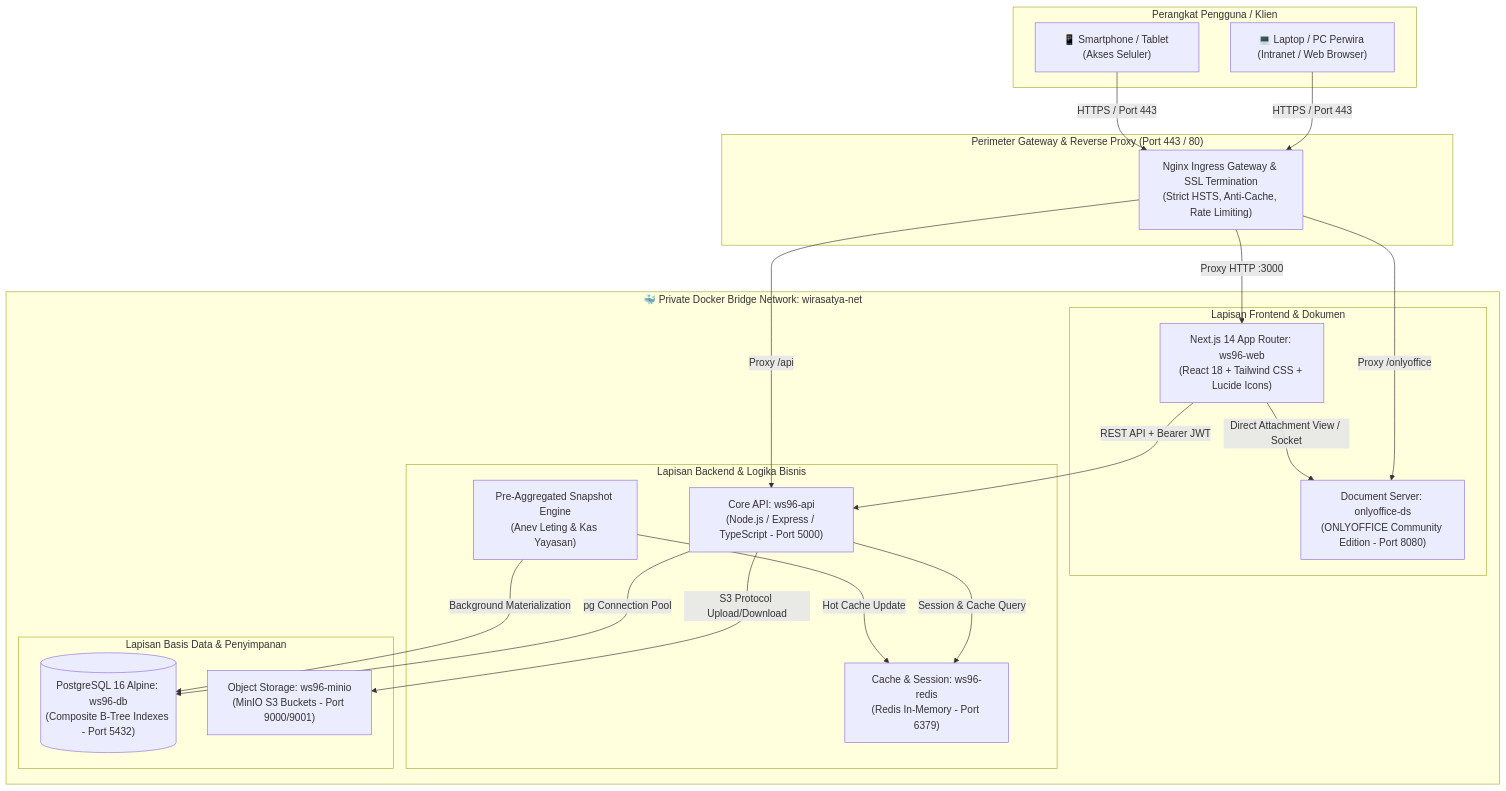
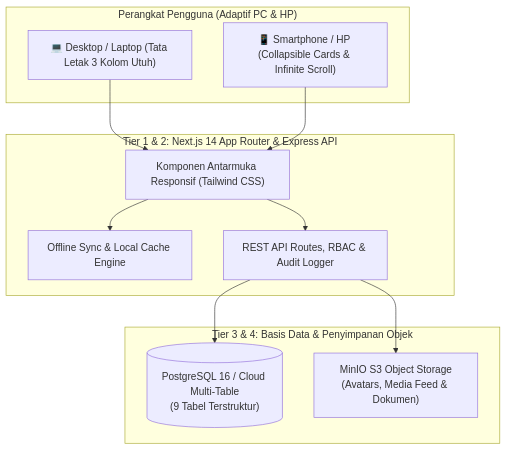
The first of 2 diagrams in ARCHITECTURE.md (omeko11/wirasatya96), drawn with Mermaid before and after one commit. The commit also changed other lines of this file and 16 other files, not shown here.

````diff
--- a/ARCHITECTURE.md
+++ b/ARCHITECTURE.md
@@ -24,44 +20,25 @@
 ```mermaid
 flowchart TD
-    subgraph Klien_Eksternal["Perangkat Pengguna / Klien"]
-        PC["💻 Laptop / PC Perwira (Intranet / Web Browser)"]
-        Mobile["📱 Smartphone / Tablet (Akses Seluler)"]
+    subgraph Client["Perangkat Pengguna (Adaptif PC & HP)"]
+        PC["💻 Desktop / Laptop (Tata Letak 3 Kolom Utuh)"]
+        HP["📱 Smartphone / HP (Collapsible Cards & Infinite Scroll)"]
     end
 
-    subgraph Perimeter_Gateway["Perimeter Gateway & Reverse Proxy (Port 443 / 80)"]
-        Nginx["Nginx Ingress Gateway & SSL Termination\n(Strict HSTS, Anti-Cache, Rate Limiting)"]
+    subgraph AppTier["Tier 1 & 2: Next.js 14 App Router & Express API"]
+        UI["Komponen Antarmuka Responsif (Tailwind CSS)"]
+        Sync["Offline Sync & Local Cache Engine"]
+        API["REST API Routes, RBAC & Audit Logger"]
     end
 
-    subgraph Docker_Network["🐳 Private Docker Bridge Network: wirasatya-net"]
-        subgraph Tier_FE["Lapisan Frontend & Dokumen"]
-            FE["Next.js 14 App Router: ws96-web\n(React 18 + Tailwind CSS + Lucide Icons)"]
-            OnlyOffice["Document Server: onlyoffice-ds\n(ONLYOFFICE Community Edition - Port 8080)"]
-        end
-
-        subgraph Tier_BE["Lapisan Backend & Logika Bisnis"]
-            BE_API["Core API: ws96-api\n(Node.js / Express / TypeScript - Port 5000)"]
-            SnapshotWorker["Pre-Aggregated Snapshot Engine\n(Anev Leting & Kas Yayasan)"]
-            RedisCache["Cache & Session: ws96-redis\n(Redis In-Memory - Port 6379)"]
-        end
-
-        subgraph Tier_Data["Lapisan Basis Data & Penyimpanan"]
-            PG_DB[("PostgreSQL 16 Alpine: ws96-db\n(Composite B-Tree Indexes - Port 5432)")]
-            MinioStore["Object Storage: ws96-minio\n(MinIO S3 Buckets - Port 9000/9001)"]
-        end
+    subgraph DataTier["Tier 3 & 4: Basis Data & Penyimpanan Objek"]
+        PG[("PostgreSQL 16 / Cloud Multi-Table<br/>(9 Tabel Terstruktur)")]
+        S3["MinIO S3 Object Storage<br/>(Avatars, Media Feed & Dokumen)"]
     end
 
-    PC -->|HTTPS / Port 443| Nginx
-    Mobile -->|HTTPS / Port 443| Nginx
-
-    Nginx -->|Proxy HTTP :3000| FE
-    Nginx -->|Proxy /onlyoffice| OnlyOffice
-    Nginx -->|Proxy /api| BE_API
-
-    FE -->|REST API + Bearer JWT| BE_API
-    FE -->|Direct Attachment View / Socket| OnlyOffice
-    BE_API -->|pg Connection Pool| PG_DB
-    BE_API -->|Session & Cache Query| RedisCache
-    BE_API -->|S3 Protocol Upload/Download| MinioStore
-    SnapshotWorker -->|Background Materialization| PG_DB
-    SnapshotWorker -->|Hot Cache Update| RedisCache
+    PC --> UI
+    HP --> UI
+    UI --> Sync
+    UI --> API
+    API --> PG
+    API --> S3
 ```
````
